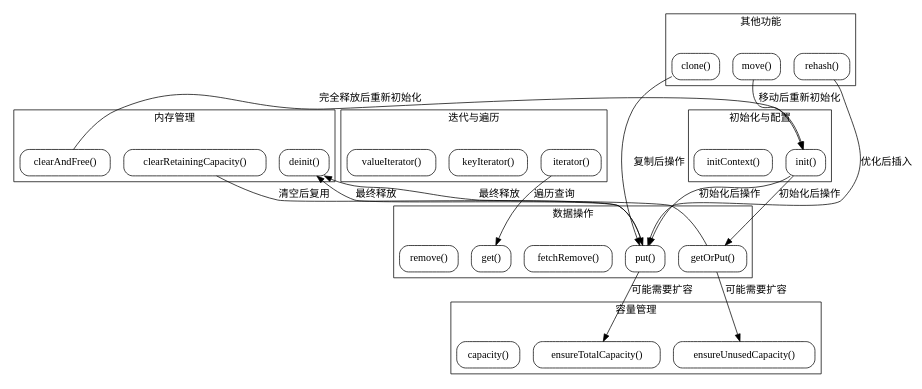
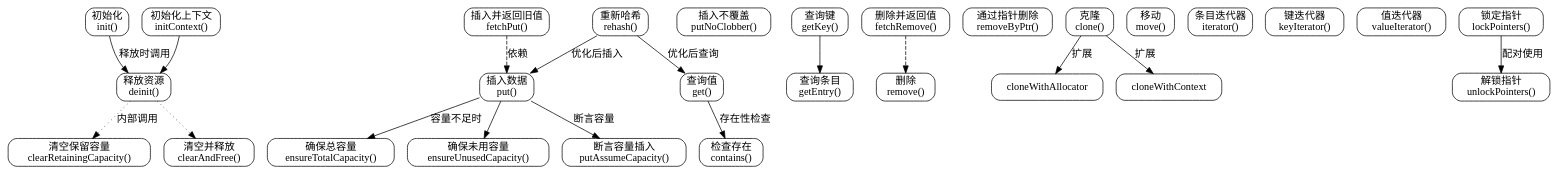
One commit to sdzx-1/deepseek-zig-reader changed the diagram in dot_std/hash_map.zig.HashMap.md. Above: the diagram before and after it, drawn with Graphviz. The commit also changed other lines of this file and 236 other files, not shown here.

````diff
--- a/dot_std/hash_map.zig.HashMap.md
+++ b/dot_std/hash_map.zig.HashMap.md
@@ -57,69 +17,77 @@
 ```dot
 digraph HashMap {
     rankdir=TB;
     node [shape=rectangle, style=rounded];
 
-    // 初始化模块
-    subgraph cluster_init {
-        label="初始化与配置";
-        init [label="init()"];
-        initContext [label="initContext()"];
-    }
+    // 初始化
+    init [label="初始化\ninit()"];
+    initContext [label="初始化上下文\ninitContext()"];
+    
+    // 内存管理
+    deinit [label="释放资源\ndeinit()"];
+    clearRetainingCapacity [label="清空保留容量\nclearRetainingCapacity()"];
+    clearAndFree [label="清空并释放\nclearAndFree()"];
+    
+    // 容量管理
+    ensureTotalCapacity [label="确保总容量\nensureTotalCapacity()"];
+    ensureUnusedCapacity [label="确保未用容量\nensureUnusedCapacity()"];
+    
+    // 数据操作
+    put [label="插入数据\nput()"];
+    putNoClobber [label="插入不覆盖\nputNoClobber()"];
+    putAssumeCapacity [label="断言容量插入\nputAssumeCapacity()"];
+    fetchPut [label="插入并返回旧值\nfetchPut()"];
+    
+    // 查询操作
+    get [label="查询值\nget()"];
+    getKey [label="查询键\ngetKey()"];
+    getEntry [label="查询条目\ngetEntry()"];
+    contains [label="检查存在\ncontains()"];
+    
+    // 删除操作
+    remove [label="删除\nremove()"];
+    fetchRemove [label="删除并返回值\nfetchRemove()"];
+    removeByPtr [label="通过指针删除\nremoveByPtr()"];
+    
+    // 克隆与移动
+    clone [label="克隆\nclone()"];
+    move [label="移动\nmove()"];
+    
+    // 迭代器
+    iterator [label="条目迭代器\niterator()"];
+    keyIterator [label="键迭代器\nkeyIterator()"];
+    valueIterator [label="值迭代器\nvalueIterator()"];
+    
+    // 指针控制
+    lockPointers [label="锁定指针\nlockPointers()"];
+    unlockPointers [label="解锁指针\nunlockPointers()"];
+    
+    // 哈希优化
+    rehash [label="重新哈希\nrehash()"];
 
-    // 内存管理模块
-    subgraph cluster_memory {
-        label="内存管理";
-        deinit [label="deinit()"];
-        clearRetainingCapacity [label="clearRetainingCapacity()"];
-        clearAndFree [label="clearAndFree()"];
-    }
-
-    // 数据操作模块
-    subgraph cluster_data {
-        label="数据操作";
-        put [label="put()"];
-        getOrPut [label="getOrPut()"];
-        fetchRemove [label="fetchRemove()"];
-        get [label="get()"];
-        remove [label="remove()"];
-    }
-
-    // 容量管理模块
-    subgraph cluster_capacity {
-        label="容量管理";
-        ensureTotalCapacity [label="ensureTotalCapacity()"];
-        ensureUnusedCapacity [label="ensureUnusedCapacity()"];
-        capacity [label="capacity()"];
-    }
-
-    // 迭代器模块
-    subgraph cluster_iterator {
-        label="迭代与遍历";
-        iterator [label="iterator()"];
-        keyIterator [label="keyIterator()"];
-        valueIterator [label="valueIterator()"];
-    }
-
-    // 其他功能模块
-    subgraph cluster_other {
-        label="其他功能";
-        clone [label="clone()"];
-        move [label="move()"];
-        rehash [label="rehash()"];
-    }
-
-    // 逻辑流程
-    init -> put [label="初始化后操作"];
-    init -> getOrPut [label="初始化后操作"];
-    put -> ensureTotalCapacity [label="可能需要扩容"];
-    getOrPut -> ensureUnusedCapacity [label="可能需要扩容"];
-    put -> deinit [label="最终释放"];
-    getOrPut -> deinit [label="最终释放"];
-    clearRetainingCapacity -> put [label="清空后复用"];
-    clearAndFree -> init [label="完全释放后重新初始化"];
-    iterator -> get [label="遍历查询"];
+    // 流程关系
+    init -> deinit [label="释放时调用"];
+    initContext -> deinit;
+    
+    deinit -> clearRetainingCapacity [style=dotted, label="内部调用"];
+    deinit -> clearAndFree [style=dotted];
+    
+    put -> ensureTotalCapacity [label="容量不足时"];
+    put -> ensureUnusedCapacity;
+    put -> putAssumeCapacity [label="断言容量"];
+    
+    fetchPut -> put [style=dashed, label="依赖"];
+    fetchRemove -> remove [style=dashed];
+    
+    get -> contains [label="存在性检查"];
+    getKey -> getEntry;
+    
+    clone -> cloneWithAllocator [label="扩展"];
+    clone -> cloneWithContext [label="扩展"];
+    
+    lockPointers -> unlockPointers [label="配对使用"];
+    
     rehash -> put [label="优化后插入"];
-    clone -> put [label="复制后操作"];
-    move -> init [label="移动后重新初始化"];
+    rehash -> get [label="优化后查询"];
 }
-```
+``` 
````
